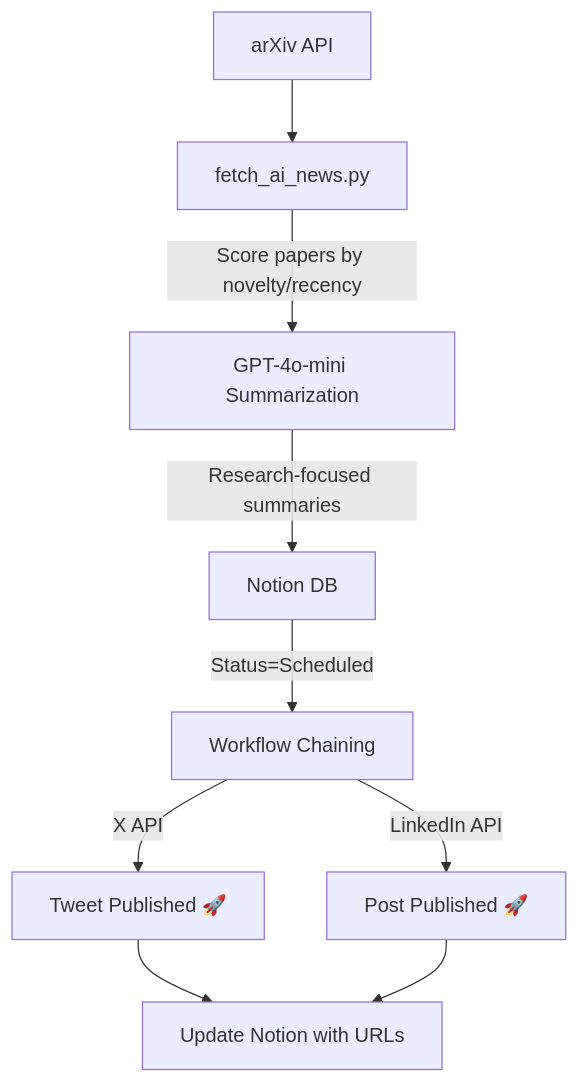
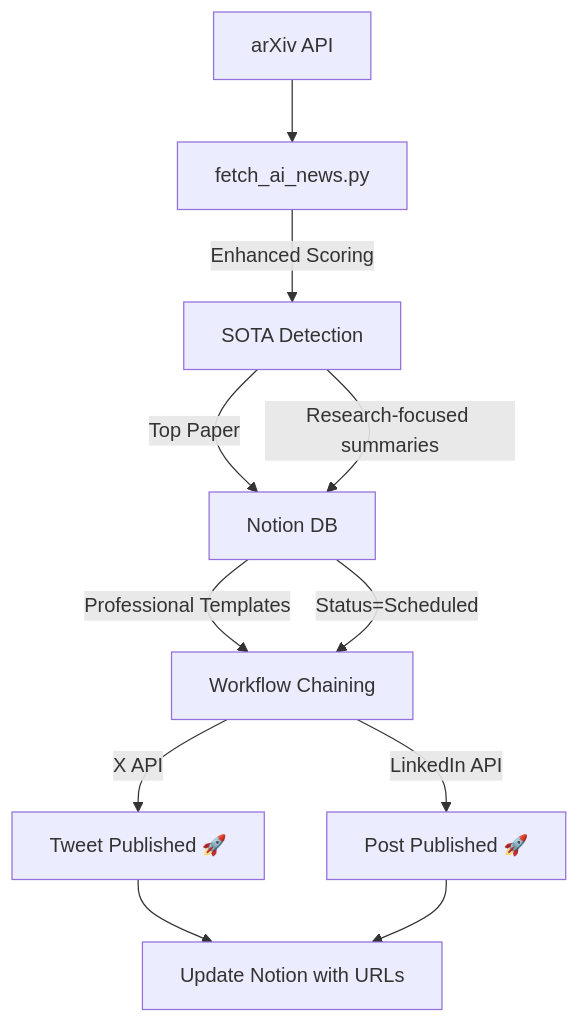
The diagram in README.md (algorythmos/algorythmos-ai-content-scheduler), drawn with Mermaid before and after one commit. The commit also changed other lines of this file and 2 other files, not shown here.

First line of the commit message:
v3.0: Professional AI Research Digest - Production-Grade Improvements

````diff
--- a/README.md
+++ b/README.md
@@ -48,10 +61,12 @@
 ```mermaid
 graph TD
     A[arXiv API] --> B[fetch_ai_news.py]
-    B -->|Score papers by novelty/recency| C[GPT-4o-mini Summarization]
+    B -->|Enhanced Scoring| C[SOTA Detection]
+    C -->|Top Paper| D[GPT-4o-mini]
+    D -->|Professional Templates| E[Notion Database]
     C -->|Research-focused summaries| D[Notion DB]
     D -->|Status=Scheduled| E[Workflow Chaining]
     E -->|X API| F[Tweet Published 🚀]
     E -->|LinkedIn API| G[Post Published 🚀]
     F & G --> H[Update Notion with URLs]
 ```
````
